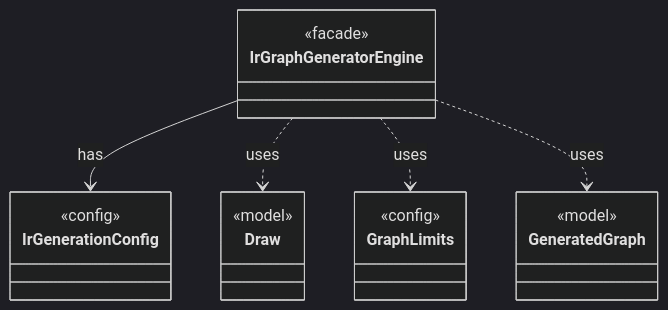
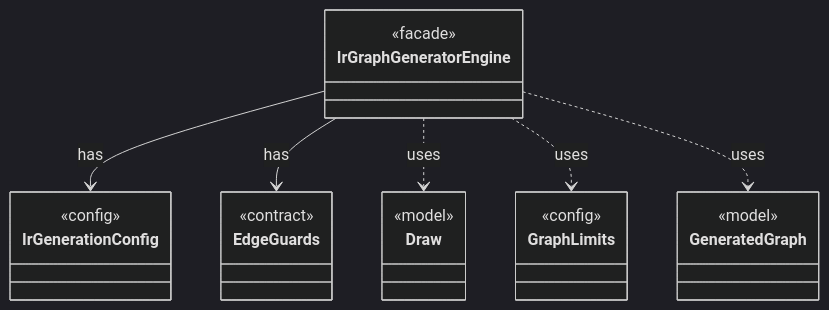
Before and after one commit to tlaplus/model-checker-hardening: the diagram in dev/types/io.github.tlaplus.hardening.gen.engine.IrGraphGeneratorEngine.md, drawn with Mermaid (dark theme). The commit also changed other lines of this file and 405 other files, not shown here.

````diff
--- a/dev/types/io.github.tlaplus.hardening.gen.engine.IrGraphGeneratorEngine.md
+++ b/dev/types/io.github.tlaplus.hardening.gen.engine.IrGraphGeneratorEngine.md
@@ -9,22 +9,26 @@
 ```mermaid
 classDiagram
   class IrGraphGeneratorEngine {
     <<facade>>
   }
   class IrGenerationConfig {
     <<config>>
+  }
+  class EdgeGuards {
+    <<contract>>
   }
   class Draw {
     <<model>>
   }
   class GraphLimits {
     <<config>>
   }
   class GeneratedGraph {
     <<model>>
   }
   IrGraphGeneratorEngine --> IrGenerationConfig : has
+  IrGraphGeneratorEngine --> EdgeGuards : has
   IrGraphGeneratorEngine ..> Draw : uses
   IrGraphGeneratorEngine ..> GraphLimits : uses
   IrGraphGeneratorEngine ..> GeneratedGraph : uses
 ```
````
